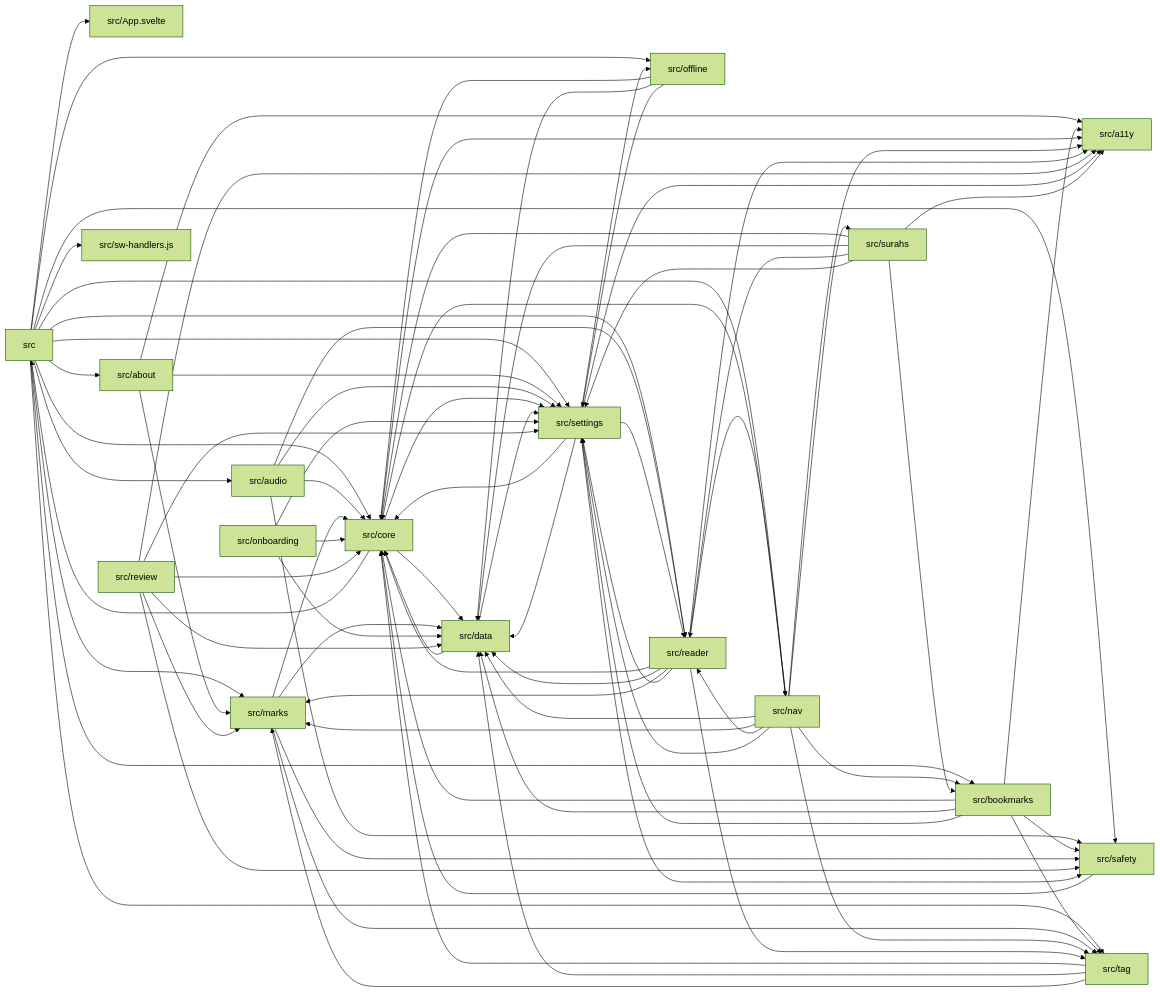
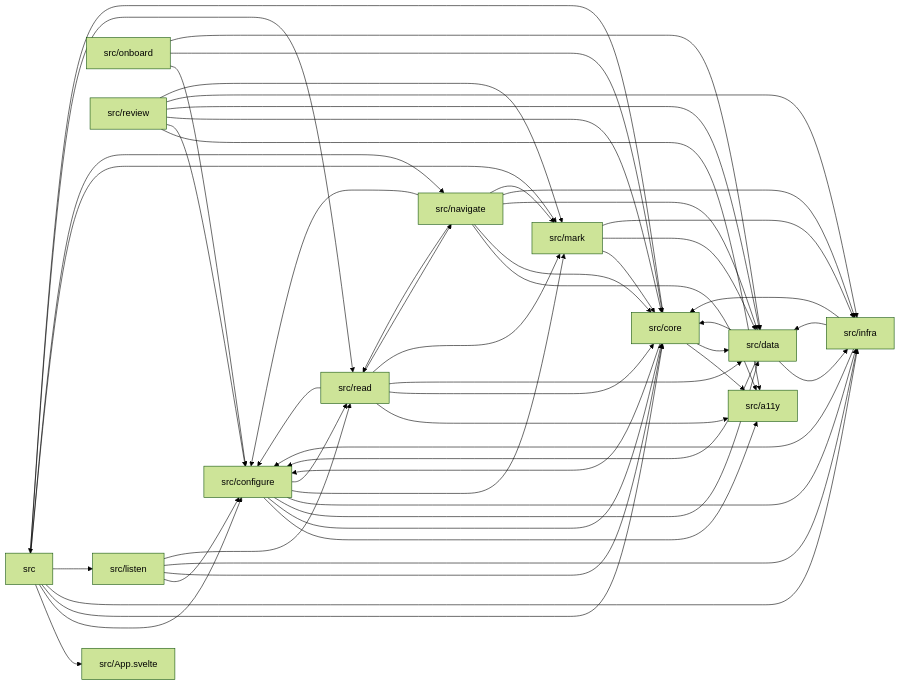
Before and after one commit to Omar-MD/QuranAtlas: the diagram in docs/context/module-graph.md, drawn with Mermaid (forest theme). The commit also changed other lines of this file and 337 other files, not shown here.

````diff
--- a/docs/context/module-graph.md
+++ b/docs/context/module-graph.md
@@ -12,100 +12,67 @@
   src["src"]
   src_App_svelte["src/App.svelte"]
   src_a11y["src/a11y"]
-  src_about["src/about"]
-  src_audio["src/audio"]
-  src_bookmarks["src/bookmarks"]
+  src_configure["src/configure"]
   src_core["src/core"]
   src_data["src/data"]
-  src_marks["src/marks"]
-  src_nav["src/nav"]
-  src_offline["src/offline"]
-  src_onboarding["src/onboarding"]
-  src_reader["src/reader"]
+  src_infra["src/infra"]
+  src_listen["src/listen"]
+  src_mark["src/mark"]
+  src_navigate["src/navigate"]
+  src_onboard["src/onboard"]
+  src_read["src/read"]
   src_review["src/review"]
-  src_safety["src/safety"]
-  src_settings["src/settings"]
-  src_surahs["src/surahs"]
-  src_sw_handlers_js["src/sw-handlers.js"]
-  src_tag["src/tag"]
   src --> src_App_svelte
-  src --> src_about
-  src --> src_audio
-  src --> src_bookmarks
+  src --> src_configure
   src --> src_core
-  src --> src_marks
-  src --> src_nav
-  src --> src_offline
-  src --> src_reader
-  src --> src_safety
-  src --> src_settings
-  src --> src_sw_handlers_js
-  src --> src_tag
-  src_about --> src_a11y
-  src_about --> src_marks
-  src_about --> src_settings
-  src_audio --> src_core
-  src_audio --> src_reader
-  src_audio --> src_safety
-  src_audio --> src_settings
-  src_bookmarks --> src_a11y
-  src_bookmarks --> src_core
-  src_bookmarks --> src_data
-  src_bookmarks --> src_safety
-  src_bookmarks --> src_settings
-  src_bookmarks --> src_tag
+  src --> src_infra
+  src --> src_listen
+  src --> src_mark
+  src --> src_navigate
+  src --> src_read
+  src_configure --> src_a11y
+  src_configure --> src_core
+  src_configure --> src_data
+  src_configure --> src_infra
+  src_configure --> src_mark
+  src_configure --> src_read
   src_core --> src
   src_core --> src_a11y
+  src_core --> src_configure
   src_core --> src_data
-  src_core --> src_settings
+  src_data --> src_configure
   src_data --> src_core
-  src_data --> src_settings
-  src_marks --> src_core
-  src_marks --> src_data
-  src_marks --> src_safety
-  src_marks --> src_tag
-  src_nav --> src_a11y
-  src_nav --> src_bookmarks
-  src_nav --> src_core
-  src_nav --> src_data
-  src_nav --> src_marks
-  src_nav --> src_reader
-  src_nav --> src_settings
-  src_nav --> src_surahs
-  src_nav --> src_tag
-  src_offline --> src_core
-  src_offline --> src_data
-  src_offline --> src_settings
-  src_onboarding --> src_core
-  src_onboarding --> src_data
-  src_onboarding --> src_settings
-  src_reader --> src_a11y
-  src_reader --> src_core
-  src_reader --> src_data
-  src_reader --> src_marks
-  src_reader --> src_nav
-  src_reader --> src_settings
-  src_reader --> src_tag
+  src_data --> src_infra
+  src_infra --> src_configure
+  src_infra --> src_core
+  src_infra --> src_data
+  src_listen --> src_configure
+  src_listen --> src_core
+  src_listen --> src_infra
+  src_listen --> src_read
+  src_mark --> src_core
+  src_mark --> src_data
+  src_mark --> src_infra
+  src_navigate --> src_a11y
+  src_navigate --> src_configure
+  src_navigate --> src_core
+  src_navigate --> src_data
+  src_navigate --> src_infra
+  src_navigate --> src_mark
+  src_navigate --> src_read
+  src_onboard --> src_configure
+  src_onboard --> src_core
+  src_onboard --> src_data
+  src_read --> src_a11y
+  src_read --> src_configure
+  src_read --> src_core
+  src_read --> src_data
+  src_read --> src_mark
+  src_read --> src_navigate
   src_review --> src_a11y
+  src_review --> src_configure
   src_review --> src_core
   src_review --> src_data
-  src_review --> src_marks
-  src_review --> src_safety
-  src_review --> src_settings
-  src_safety --> src_core
-  src_settings --> src_a11y
-  src_settings --> src_core
-  src_settings --> src_data
-  src_settings --> src_offline
-  src_settings --> src_reader
-  src_settings --> src_safety
-  src_surahs --> src_a11y
-  src_surahs --> src_bookmarks
-  src_surahs --> src_core
-  src_surahs --> src_data
-  src_surahs --> src_reader
-  src_surahs --> src_settings
-  src_tag --> src_core
-  src_tag --> src_data
-  src_tag --> src_marks
+  src_review --> src_infra
+  src_review --> src_mark
 ```
````
